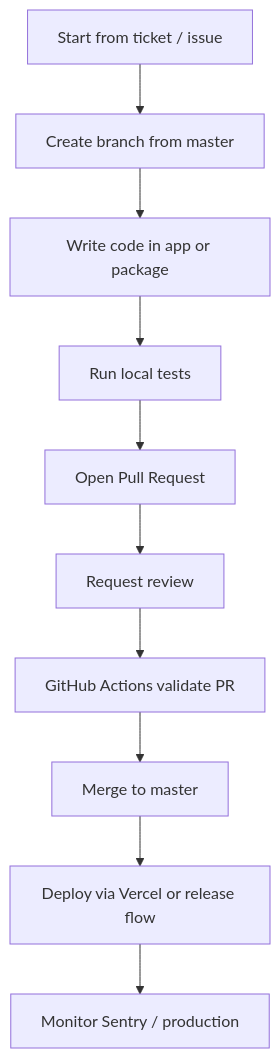
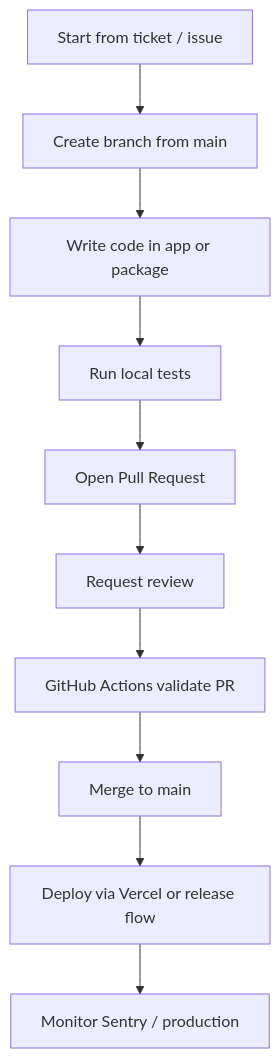
Before and after one commit to koldovsky/is-01-docs: the third of 3 diagrams in docs/04-workflows.md, drawn with Mermaid. The commit also changed other lines of this file and 1 other file, not shown here.

````diff
--- a/docs/04-workflows.md
+++ b/docs/04-workflows.md
@@ -61,12 +61,12 @@
 ```mermaid
 flowchart TD
-  Ticket[Start from ticket / issue] --> Branch[Create branch from master]
+  Ticket[Start from ticket / issue] --> Branch[Create branch from main]
   Branch --> Code[Write code in app or package]
   Code --> Test[Run local tests]
   Test --> PR[Open Pull Request]
   PR --> Review[Request review]
   Review --> CI[GitHub Actions validate PR]
-  CI --> Merge[Merge to master]
+  CI --> Merge[Merge to main]
   Merge --> Deploy[Deploy via Vercel or release flow]
   Deploy --> Monitor[Monitor Sentry / production]
 ```
````
